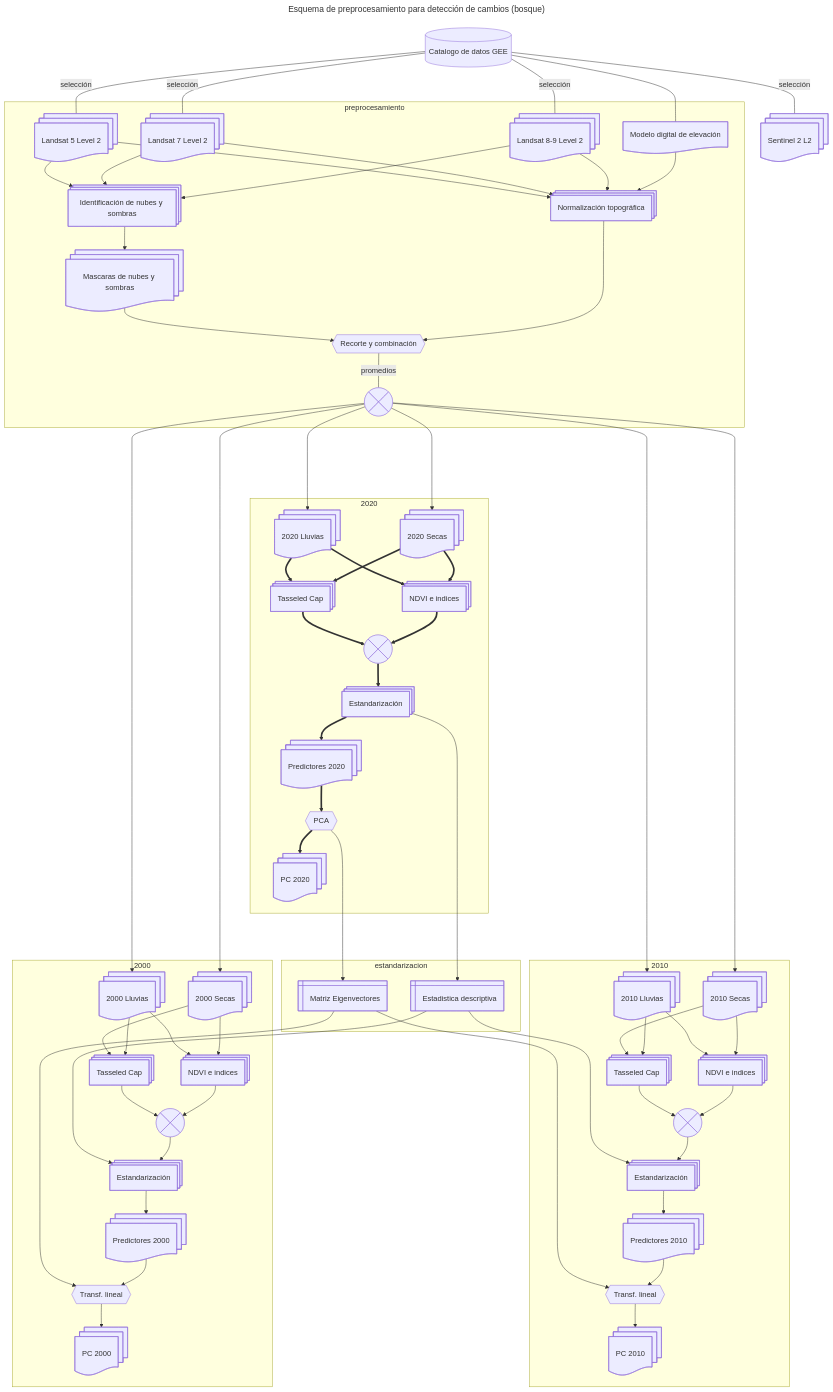
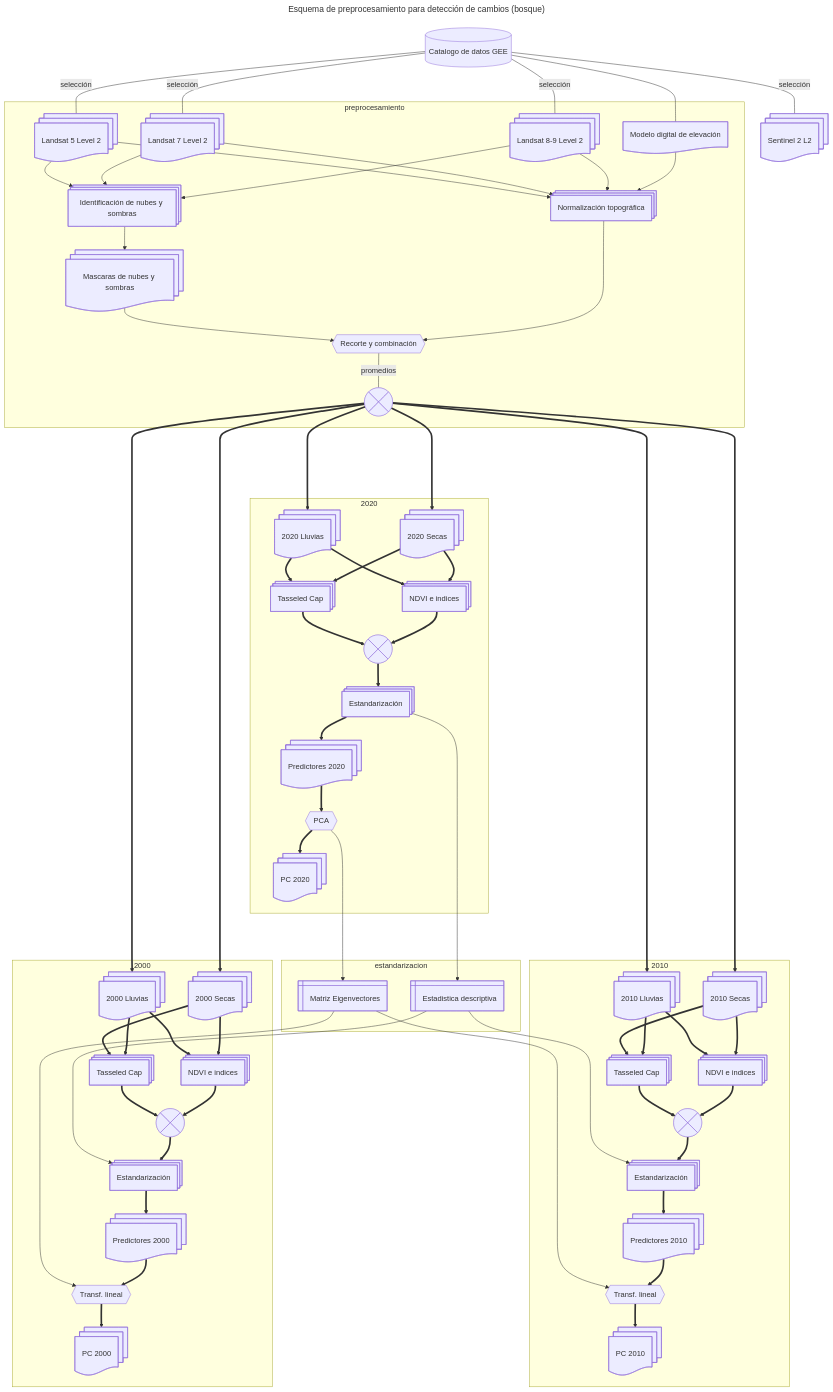
Before and after one commit to vshalisko/GEE: the diagram in ANPs/Esquema_preprocesamiento.mermaid, drawn with Mermaid.

```diff
--- a/ANPs/Esquema_preprocesamiento.mermaid
+++ b/ANPs/Esquema_preprocesamiento.mermaid
@@ -1,132 +1,132 @@
 ---
 title: Esquema de preprocesamiento para detección de cambios (bosque)
 ---
 flowchart TD
     gee1[(Catalogo de datos GEE)]
     Landsat8@{ shape: docs, label: Landsat 8-9 Level 2}
     Landsat7@{ shape: docs, label: Landsat 7 Level 2}
     Landsat5@{ shape: docs, label: Landsat 5 Level 2}
     Sentinel2@{ shape: docs, label: Sentinel 2 L2}
     MDE@{ shape: doc, label: Modelo digital de elevación}
     
     INS@{ shape: procs, label: "Identificación de nubes y sombras"}
     MNS@{ shape: docs, label: "Mascaras de nubes y sombras"}
     NT@{ shape: procs, label: "Normalización topográfica"}
     Combinacion1@{ shape: hex, label: "Recorte y combinación" }
     Combinacion2@{ shape: cross-circ, label: "Promedios de bandas" }
 
     BSecas2000@{ shape: docs, label: 2000 Secas}
     BLluvias2000@{ shape: docs, label: 2000 Lluvias}
     BSecas2010@{ shape: docs, label: 2010 Secas}
     BLluvias2010@{ shape: docs, label: 2010 Lluvias}
     BSecas2020@{ shape: docs, label: 2020 Secas}
     BLluvias2020@{ shape: docs, label: 2020 Lluvias}
 
     IndVeg2000@{ shape: procs, label: "NDVI e indices"}
     IndVeg2010@{ shape: procs, label: "NDVI e indices"}
     IndVeg2020@{ shape: procs, label: "NDVI e indices"}
     Tass2000@{ shape: procs, label: "Tasseled Cap"}
     Tass2010@{ shape: procs, label: "Tasseled Cap"}
     Tass2020@{ shape: procs, label: "Tasseled Cap"}
 
     Comb2000@{ shape: cross-circ, label: "Combinación" }
     Comb2010@{ shape: cross-circ, label: "Combinación" }
     Comb2020@{ shape: cross-circ, label: "Combinación" }
 
     Est2000@{ shape: procs, label: "Estandarización"}
     Est2010@{ shape: procs, label: "Estandarización"}
     Est2020@{ shape: procs, label: "Estandarización"}
 
     Capas2000@{ shape: docs, label: "Predictores 2000"}
     Capas2010@{ shape: docs, label: "Predictores 2010"}
     Capas2020@{ shape: docs, label: "Predictores 2020"}
 
     PCA2020@{ shape: hex, label: "PCA"}
     TL2000@{ shape: hex, label: "Transf. lineal"}
     TL2010@{ shape: hex, label: "Transf. lineal"}
 
     CapasPCA2000@{ shape: docs, label: "PC 2000"}
     CapasPCA2010@{ shape: docs, label: "PC 2010"}
     CapasPCA2020@{ shape: docs, label: "PC 2020"}
 
     Estadisticas@{ shape: win-pane, label: "Estadistica descriptiva" }
     Eigenvectors@{ shape: win-pane, label: "Matriz Eigenvectores" }
 
     gee1---|selección|Landsat8
     gee1---|selección|Landsat7
     gee1---|selección|Landsat5
     gee1---|selección|Sentinel2
     gee1---MDE
 
     subgraph preprocesamiento
         Landsat8-->INS
         Landsat7-->INS
         Landsat5-->INS
 
         MDE-->NT
         Landsat8-->NT
         Landsat7-->NT
         Landsat5-->NT
 
         INS-->MNS
         NT-->Combinacion1
         MNS-->Combinacion1
         Combinacion1---|promedios|Combinacion2
         
     end
 
-    Combinacion2---->BSecas2000
-    Combinacion2---->BLluvias2000
-    Combinacion2---->BSecas2010
-    Combinacion2---->BLluvias2010
-    Combinacion2---->BSecas2020
-    Combinacion2---->BLluvias2020
+    Combinacion2====>BSecas2000
+    Combinacion2====>BLluvias2000
+    Combinacion2====>BSecas2010
+    Combinacion2====>BLluvias2010
+    Combinacion2====>BSecas2020
+    Combinacion2====>BLluvias2020
 
     subgraph 2000
-        BSecas2000-->IndVeg2000
-        BLluvias2000-->Tass2000
-        BLluvias2000-->IndVeg2000
-        BSecas2000-->Tass2000
-        IndVeg2000-->Comb2000
-        Tass2000-->Comb2000
-        Comb2000-->Est2000
-        Est2000-->Capas2000
-        Capas2000-->TL2000
-        TL2000-->CapasPCA2000
+        BSecas2000==>IndVeg2000
+        BLluvias2000==>Tass2000
+        BLluvias2000==>IndVeg2000
+        BSecas2000==>Tass2000
+        IndVeg2000==>Comb2000
+        Tass2000==>Comb2000
+        Comb2000==>Est2000
+        Est2000==>Capas2000
+        Capas2000==>TL2000
+        TL2000==>CapasPCA2000
     end
 
     subgraph 2010
-        BSecas2010-->IndVeg2010
-        BLluvias2010-->Tass2010
-        BLluvias2010-->IndVeg2010
-        BSecas2010-->Tass2010
-        IndVeg2010-->Comb2010
-        Tass2010-->Comb2010
-        Comb2010-->Est2010
-        Est2010-->Capas2010
-        Capas2010-->TL2010
-        TL2010-->CapasPCA2010
+        BSecas2010==>IndVeg2010
+        BLluvias2010==>Tass2010
+        BLluvias2010==>IndVeg2010
+        BSecas2010==>Tass2010
+        IndVeg2010==>Comb2010
+        Tass2010==>Comb2010
+        Comb2010==>Est2010
+        Est2010==>Capas2010
+        Capas2010==>TL2010
+        TL2010==>CapasPCA2010
     end
 
     subgraph 2020
         BSecas2020==>IndVeg2020
         BSecas2020==>Tass2020
         BLluvias2020==>IndVeg2020
         BLluvias2020==>Tass2020
         IndVeg2020==>Comb2020
         Tass2020==>Comb2020
         Comb2020==>Est2020
         Est2020==>Capas2020
         Capas2020==>PCA2020
         PCA2020==>CapasPCA2020
     end
 
     subgraph estandarizacion
         Est2020---->Estadisticas
         Estadisticas---->Est2000
         Estadisticas---->Est2010
 
         PCA2020---->Eigenvectors
         Eigenvectors---->TL2000
         Eigenvectors---->TL2010
     end
```
